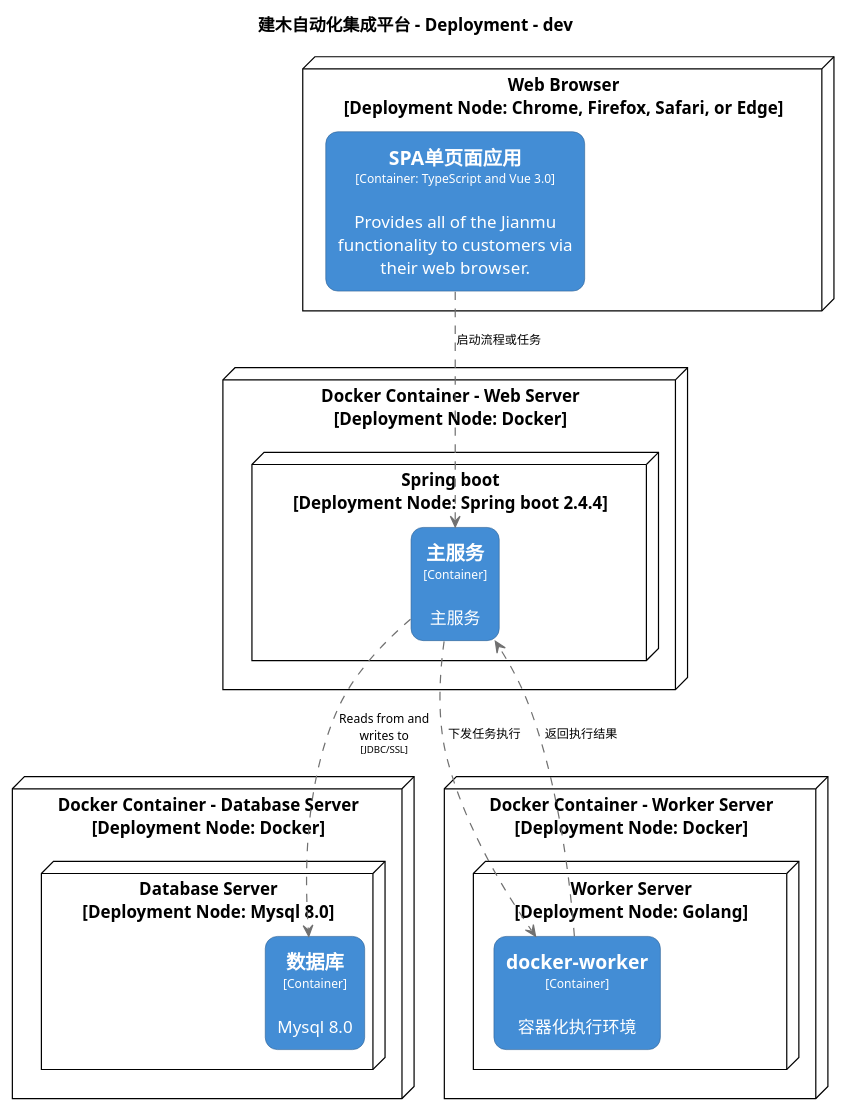
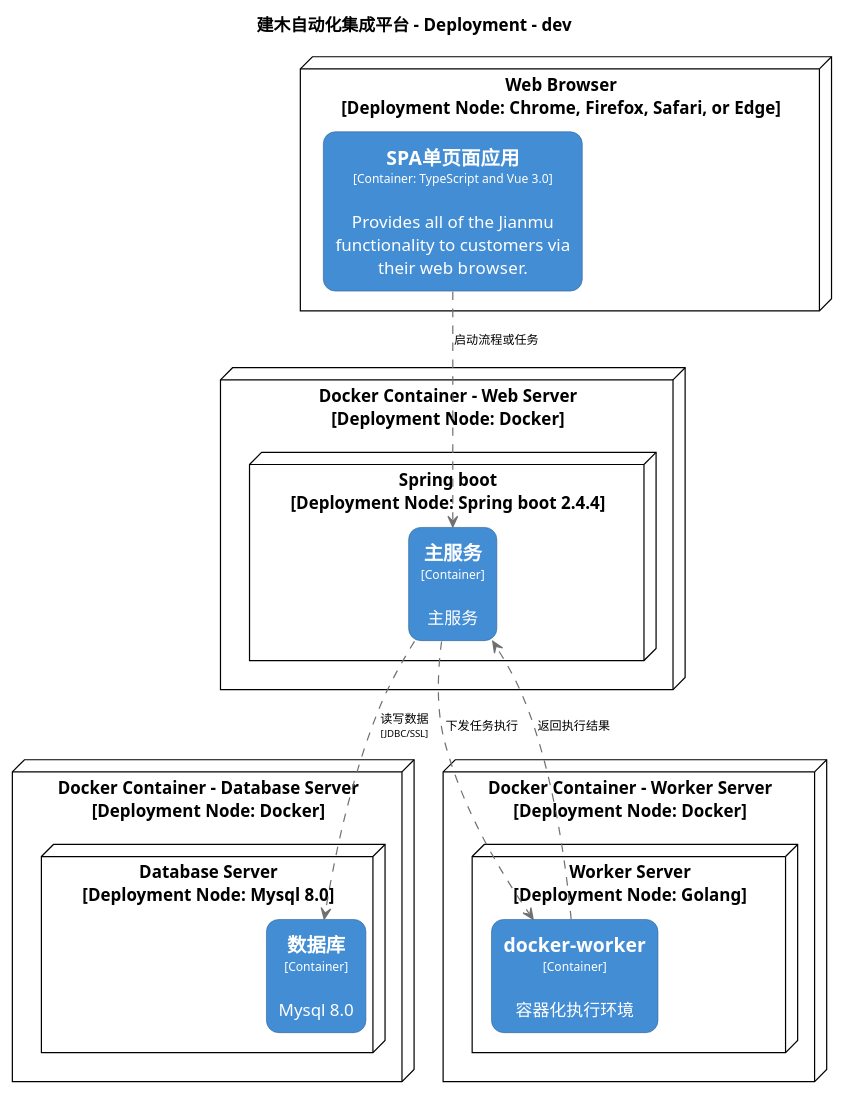
Before and after one commit to jianmu-dev/jianmu-architecture-as-code: the diagram in c4/structurizr-DevelopmentDeployment.puml, drawn with PlantUML. The commit also changed 8 other files, not shown here.

```diff
--- a/c4/structurizr-DevelopmentDeployment.puml
+++ b/c4/structurizr-DevelopmentDeployment.puml
@@ -1,101 +1,101 @@
 @startuml(id=DevelopmentDeployment)
 title 建木自动化集成平台 - Deployment - dev
 
 skinparam {
   shadowing false
   arrowFontSize 10
   defaultTextAlignment center
   wrapWidth 200
   maxMessageSize 100
 }
 hide stereotype
 top to bottom direction
-skinparam node<<44>> {
+skinparam rectangle<<55>> {
+  BackgroundColor #438dd5
+  FontColor #ffffff
+  BorderColor #2E6295
+  roundCorner 20
+}
+skinparam node<<57>> {
   BackgroundColor #ffffff
   FontColor #000000
   BorderColor #000000
-  roundCorner 20
-}
-skinparam rectangle<<45>> {
-  BackgroundColor #438dd5
-  FontColor #ffffff
-  BorderColor #2E6295
   roundCorner 20
 }
 skinparam node<<47>> {
   BackgroundColor #ffffff
   FontColor #000000
   BorderColor #000000
   roundCorner 20
 }
-skinparam node<<48>> {
+skinparam node<<58>> {
   BackgroundColor #ffffff
   FontColor #000000
   BorderColor #000000
   roundCorner 20
 }
-skinparam rectangle<<49>> {
+skinparam rectangle<<48>> {
   BackgroundColor #438dd5
   FontColor #ffffff
   BorderColor #2E6295
   roundCorner 20
 }
-skinparam node<<51>> {
+skinparam rectangle<<59>> {
+  BackgroundColor #438dd5
+  FontColor #ffffff
+  BorderColor #2E6295
+  roundCorner 20
+}
+skinparam node<<49>> {
   BackgroundColor #ffffff
   FontColor #000000
   BorderColor #000000
   roundCorner 20
 }
-skinparam node<<41>> {
+skinparam node<<50>> {
   BackgroundColor #ffffff
   FontColor #000000
   BorderColor #000000
   roundCorner 20
 }
-skinparam node<<52>> {
+skinparam rectangle<<51>> {
+  BackgroundColor #438dd5
+  FontColor #ffffff
+  BorderColor #2E6295
+  roundCorner 20
+}
+skinparam node<<53>> {
   BackgroundColor #ffffff
   FontColor #000000
   BorderColor #000000
   roundCorner 20
 }
-skinparam rectangle<<42>> {
-  BackgroundColor #438dd5
-  FontColor #ffffff
-  BorderColor #2E6295
-  roundCorner 20
-}
-skinparam rectangle<<53>> {
-  BackgroundColor #438dd5
-  FontColor #ffffff
-  BorderColor #2E6295
-  roundCorner 20
-}
-skinparam node<<43>> {
+skinparam node<<54>> {
   BackgroundColor #ffffff
   FontColor #000000
   BorderColor #000000
   roundCorner 20
 }
-node "Docker Container - Database Server\n[Deployment Node: Docker]" <<47>> as 47 {
-  node "Database Server\n[Deployment Node: Mysql 8.0]" <<48>> as 48 {
-    rectangle "==数据库\n<size:10>[Container]</size>\n\nMysql 8.0" <<49>> as 49
+node "Docker Container - Database Server\n[Deployment Node: Docker]" <<53>> as 53 {
+  node "Database Server\n[Deployment Node: Mysql 8.0]" <<54>> as 54 {
+    rectangle "==数据库\n<size:10>[Container]</size>\n\nMysql 8.0" <<55>> as 55
   }
 }
-node "Docker Container - Web Server\n[Deployment Node: Docker]" <<43>> as 43 {
-  node "Spring boot\n[Deployment Node: Spring boot 2.4.4]" <<44>> as 44 {
-    rectangle "==主服务\n<size:10>[Container]</size>\n\n主服务" <<45>> as 45
+node "Docker Container - Web Server\n[Deployment Node: Docker]" <<49>> as 49 {
+  node "Spring boot\n[Deployment Node: Spring boot 2.4.4]" <<50>> as 50 {
+    rectangle "==主服务\n<size:10>[Container]</size>\n\n主服务" <<51>> as 51
   }
 }
-node "Docker Container - Worker Server\n[Deployment Node: Docker]" <<51>> as 51 {
-  node "Worker Server\n[Deployment Node: Golang]" <<52>> as 52 {
-    rectangle "==docker-worker\n<size:10>[Container]</size>\n\n容器化执行环境" <<53>> as 53
+node "Docker Container - Worker Server\n[Deployment Node: Docker]" <<57>> as 57 {
+  node "Worker Server\n[Deployment Node: Golang]" <<58>> as 58 {
+    rectangle "==docker-worker\n<size:10>[Container]</size>\n\n容器化执行环境" <<59>> as 59
   }
 }
-node "Web Browser\n[Deployment Node: Chrome, Firefox, Safari, or Edge]" <<41>> as 41 {
-  rectangle "==SPA单页面应用\n<size:10>[Container: TypeScript and Vue 3.0]</size>\n\nProvides all of the Jianmu functionality to customers via their web browser." <<42>> as 42
+node "Web Browser\n[Deployment Node: Chrome, Firefox, Safari, or Edge]" <<47>> as 47 {
+  rectangle "==SPA单页面应用\n<size:10>[Container: TypeScript and Vue 3.0]</size>\n\nProvides all of the Jianmu functionality to customers via their web browser." <<48>> as 48
 }
-42 .[#707070].> 45 : "启动流程或任务"
-53 .[#707070].> 45 : "返回执行结果"
-45 .[#707070].> 53 : "下发任务执行"
-45 .[#707070].> 49 : "Reads from and writes to\n<size:8>[JDBC/SSL]</size>"
+48 .[#707070].> 51 : "启动流程或任务"
+59 .[#707070].> 51 : "返回执行结果"
+51 .[#707070].> 59 : "下发任务执行"
+51 .[#707070].> 55 : "读写数据\n<size:8>[JDBC/SSL]</size>"
 @enduml
```
